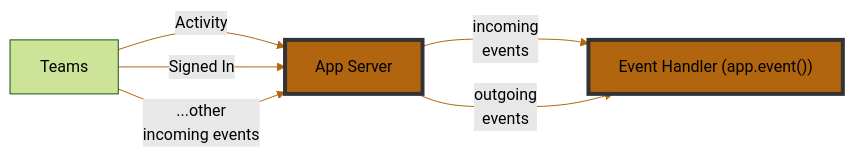
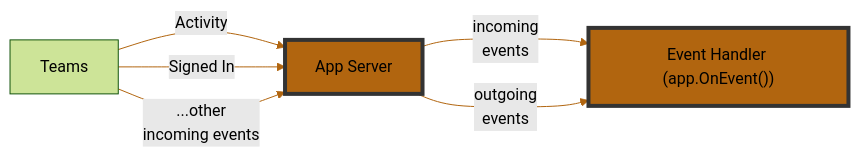
Before and after one commit to aacebo/teams.md: the diagram in docs/csharp/essentials/on-event.md, drawn with Mermaid (forest theme). The commit also changed other lines of this file, not shown here.

````diff
--- a/docs/csharp/essentials/on-event.md
+++ b/docs/csharp/essentials/on-event.md
@@ -9,16 +9,16 @@
 ```mermaid
 flowchart LR
     Teams["Teams"]:::less-interesting
     Server["App Server"]:::interesting
-    AppEventHandlers["Event Handler (app.event())"]:::interesting
+    AppEventHandlers["Event Handler (app.OnEvent())"]:::interesting
 
     Teams --> |Activity| Server
     Teams --> |Signed In| Server
     Teams --> |...other<br/>incoming events| Server
     Server ---> |incoming<br/>events| AppEventHandlers
     Server ---> |outgoing<br/>events<br/>| AppEventHandlers
 
 
     linkStyle 0,1,2,3,4 stroke:#b1650f,stroke-width:1px
     classDef interesting fill:#b1650f,stroke:#333,stroke-width:4px;
 ```
````
